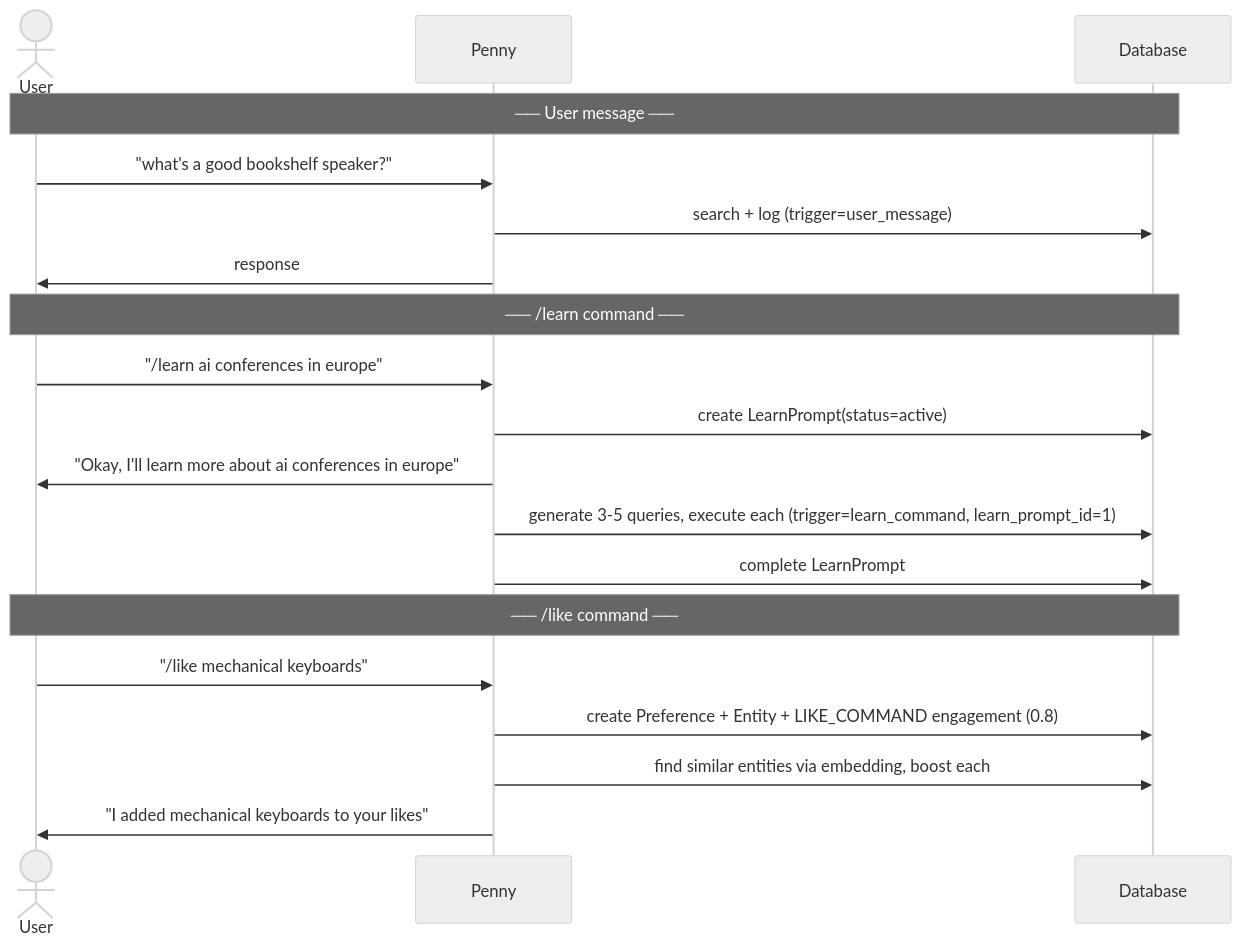
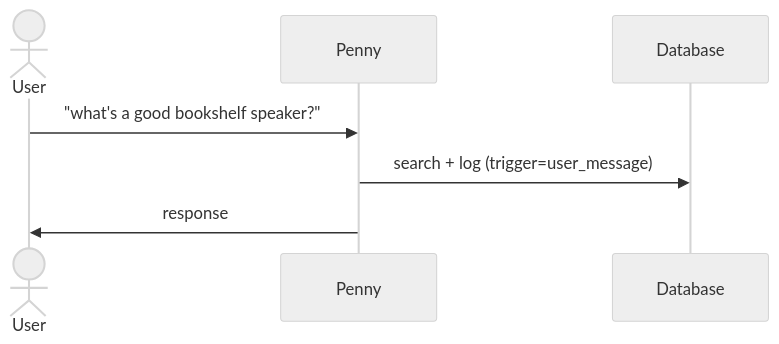
The first of 11 diagrams in docs/knowledge-system-flows.md (jaredlockhart/penny), drawn with Mermaid (neutral theme) before and after one commit. The commit also changed other lines of this file, not shown here.

First line of the commit message:
docs: one diagram per flow — focused and separated

````diff
--- a/docs/knowledge-system-flows.md
+++ b/docs/knowledge-system-flows.md
@@ -7,27 +7,10 @@
 ```mermaid
 sequenceDiagram
     actor User
     participant Penny
     participant DB as Database
 
-    Note over User,DB: ── User message ──
-
     User->>Penny: "what's a good bookshelf speaker?"
     Penny->>DB: search + log (trigger=user_message)
     Penny->>User: response
-
-    Note over User,DB: ── /learn command ──
-
-    User->>Penny: "/learn ai conferences in europe"
-    Penny->>DB: create LearnPrompt(status=active)
-    Penny->>User: "Okay, I'll learn more about ai conferences in europe"
-    Penny->>DB: generate 3-5 queries, execute each (trigger=learn_command, learn_prompt_id=1)
-    Penny->>DB: complete LearnPrompt
-
-    Note over User,DB: ── /like command ──
-
-    User->>Penny: "/like mechanical keyboards"
-    Penny->>DB: create Preference + Entity + LIKE_COMMAND engagement (0.8)
-    Penny->>DB: find similar entities via embedding, boost each
-    Penny->>User: "I added mechanical keyboards to your likes"
 ```
````
